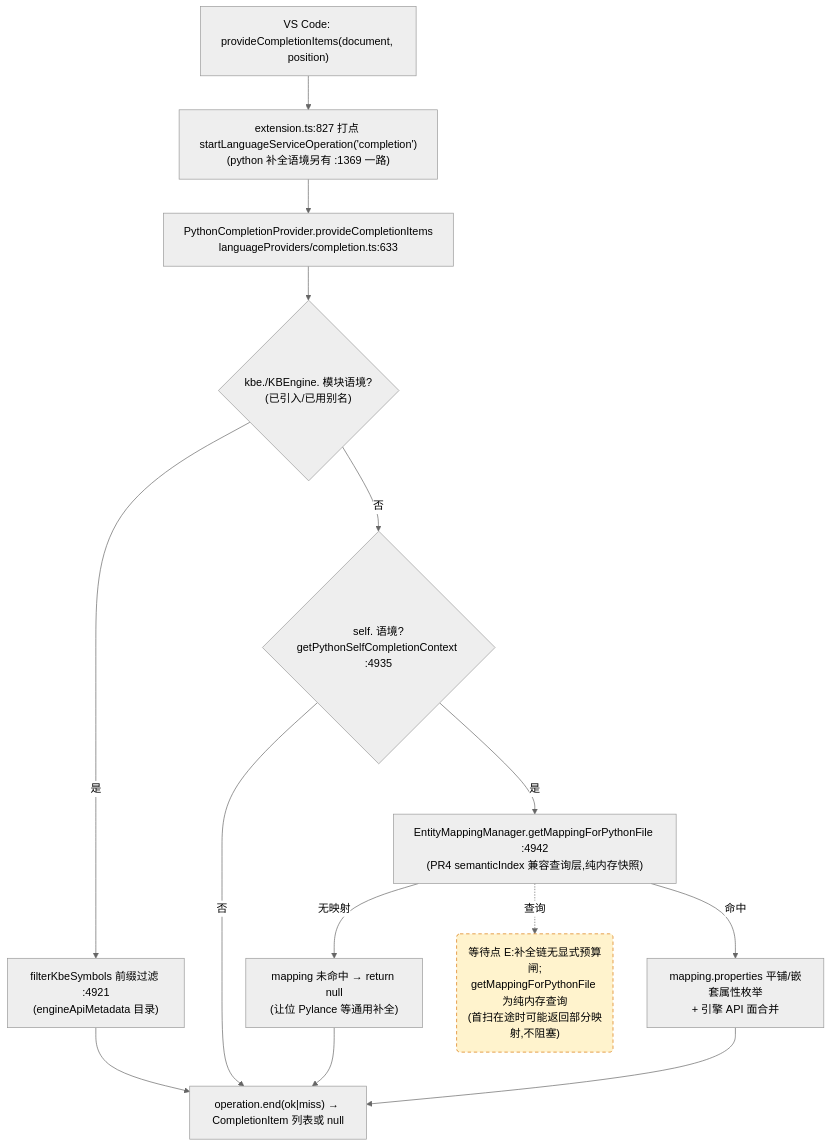
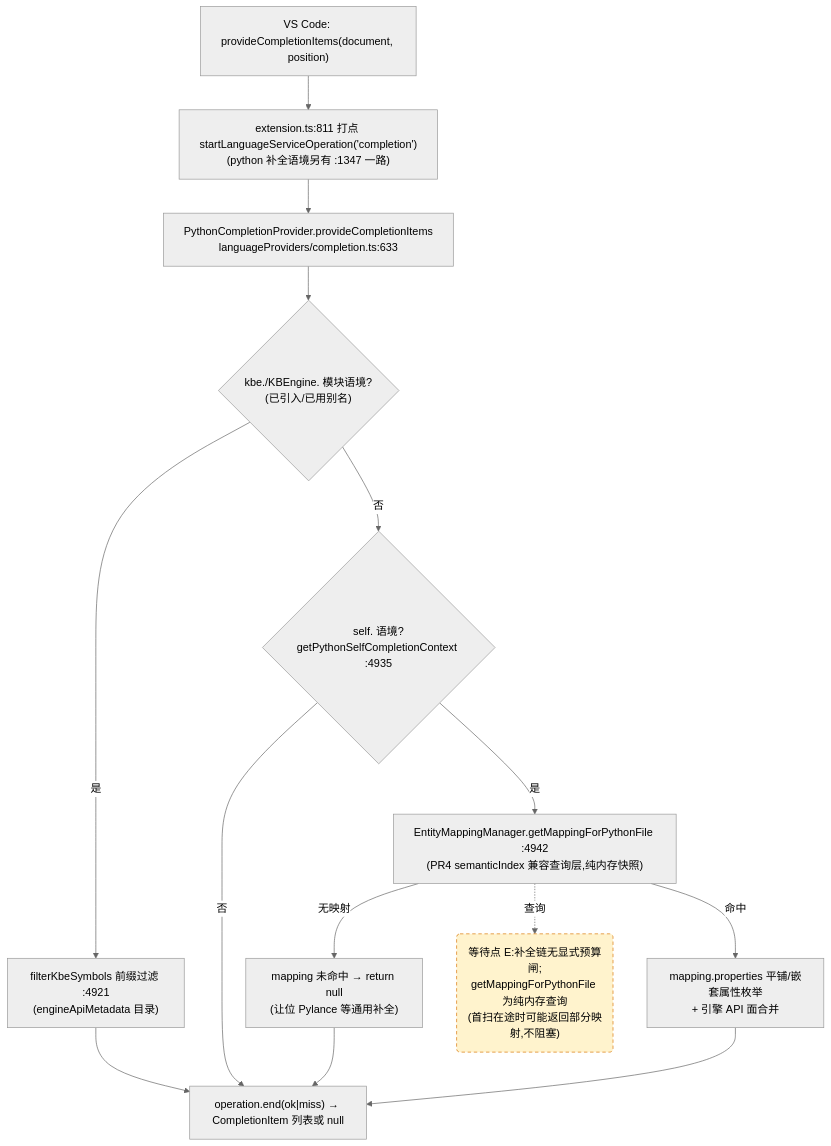
Before and after one commit to cuihairu/kode: the third of 4 diagrams in docs/perf/2026-baseline.md, drawn with Mermaid (neutral theme). The commit also changed other lines of this file and 3 other files, not shown here.

````diff
--- a/docs/perf/2026-baseline.md
+++ b/docs/perf/2026-baseline.md
@@ -184,27 +184,27 @@
 ```mermaid
 flowchart TD
   VC3["VS Code: provideCompletionItems(document, position)"]
-  M3["extension.ts:827 打点 startLanguageServiceOperation('completion')<br/>(python 补全语境另有 :1369 一路)"]
+  M3["extension.ts:811 打点 startLanguageServiceOperation('completion')<br/>(python 补全语境另有 :1347 一路)"]
   CP["PythonCompletionProvider.provideCompletionItems<br/>languageProviders/completion.ts:633"]
   KBEC{"kbe./KBEngine. 模块语境?<br/>(已引入/已用别名)"}
   FILTER["filterKbeSymbols 前缀过滤 :4921<br/>(engineApiMetadata 目录)"]
   SELFC{"self. 语境?<br/>getPythonSelfCompletionContext :4935"}
   MAP["EntityMappingManager.getMappingForPythonFile :4942<br/>(PR4 semanticIndex 兼容查询层,纯内存快照)"]
   NOMAP["mapping 未命中 → return null<br/>(让位 Pylance 等通用补全)"]
   PROPS["mapping.properties 平铺/嵌套属性枚举<br/>+ 引擎 API 面合并"]
   END3["operation.end(ok|miss) → CompletionItem 列表或 null"]
 
   VC3 --> M3 --> CP --> KBEC
   KBEC -- "是" --> FILTER --> END3
   KBEC -- "否" --> SELFC
   SELFC -- "否" --> END3
   SELFC -- "是" --> MAP
   MAP -- "无映射" --> NOMAP --> END3
   MAP -- "命中" --> PROPS --> END3
 
   WAITE("等待点 E:补全链无显式预算闸;<br/>getMappingForPythonFile 为纯内存查询<br/>(首扫在途时可能返回部分映射,不阻塞)")
   MAP -.->|查询| WAITE
 
   classDef waitPoint fill:#fff3cd,stroke:#d97706,stroke-dasharray:5 4;
   class WAITE waitPoint;
 ```
````
